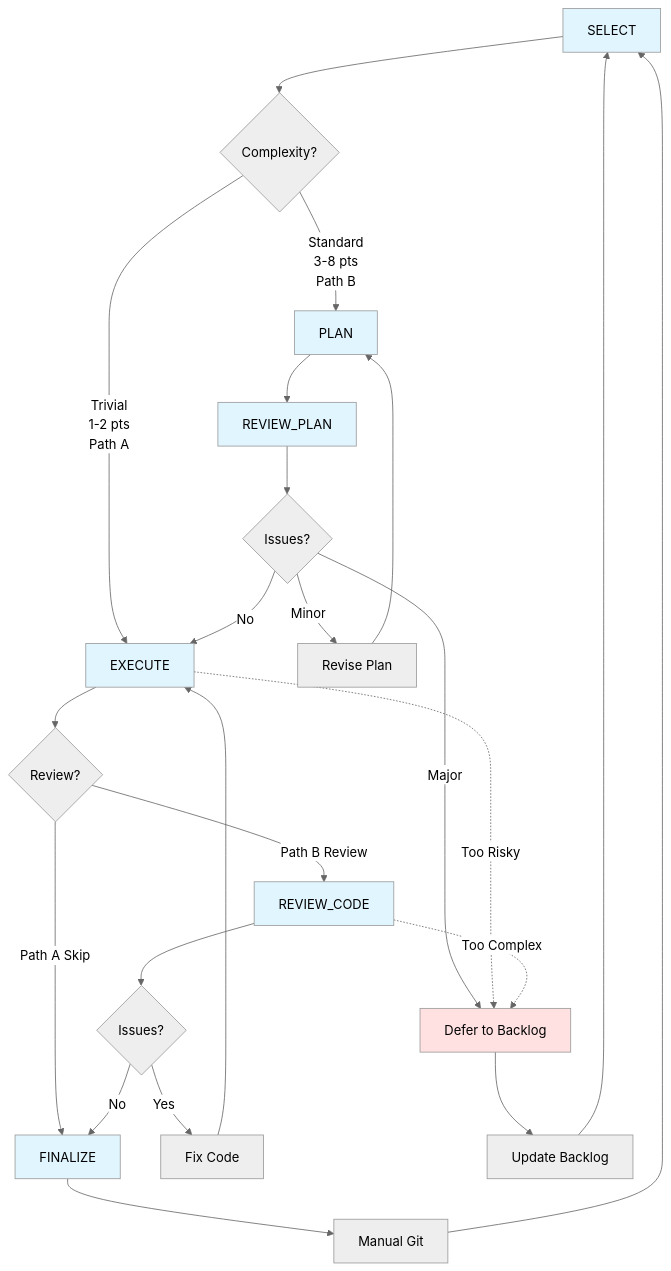
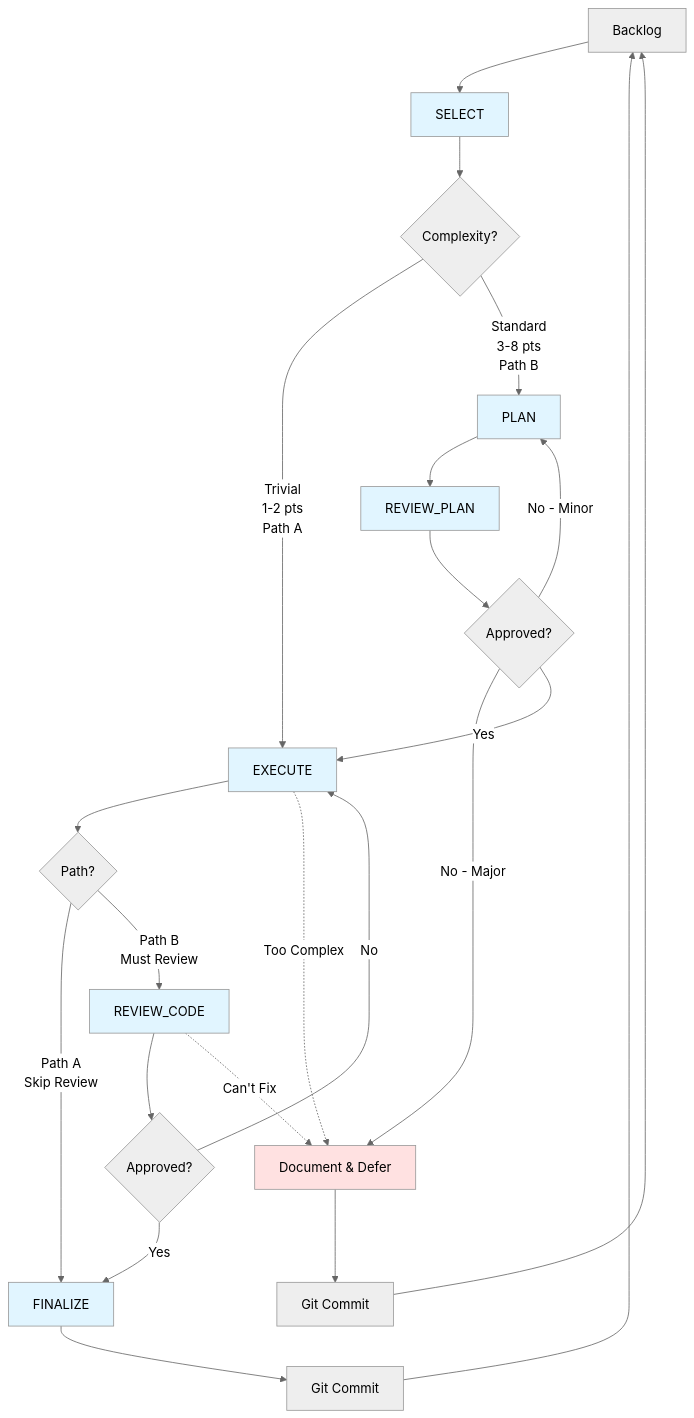
Before and after one commit to EvanLavender13/FrogLords: the diagram in TASKS/IMPROVE/WORKFLOW.md, drawn with Mermaid (neutral theme). The commit also changed other lines of this file and 63 other files, not shown here.

````diff
--- a/TASKS/IMPROVE/WORKFLOW.md
+++ b/TASKS/IMPROVE/WORKFLOW.md
@@ -5,35 +45,34 @@
 ```mermaid
 graph TD
-    A[SELECT] --> B{Complexity?}
+    BACKLOG[Backlog] --> A[SELECT]
+    A --> B{Complexity?}
     B -->|Trivial<br/>1-2 pts<br/>Path A| C[EXECUTE]
     B -->|Standard<br/>3-8 pts<br/>Path B| D[PLAN]
     D --> E[REVIEW_PLAN]
-    E --> F{Issues?}
-    F -->|Major| G[Defer to Backlog]
-    F -->|Minor| H[Revise Plan]
-    H --> D
-    F -->|No| C
-    C --> I{Review?}
-    I -->|Path A Skip| J[FINALIZE]
-    I -->|Path B Review| K[REVIEW_CODE]
-    K --> L{Issues?}
-    L -->|Yes| M[Fix Code]
-    M --> C
-    L -->|No| J
-    J --> N[Manual Git]
-    N --> A
-    G --> O[Update Backlog]
-    O --> A
+    E --> F{Approved?}
+    F -->|No - Major| DEFER[Document & Defer]
+    F -->|No - Minor| D
+    F -->|Yes| C
+    C --> I{Path?}
+    I -->|Path A<br/>Skip Review| J[FINALIZE]
+    I -->|Path B<br/>Must Review| K[REVIEW_CODE]
+    K --> L{Approved?}
+    L -->|No| C
+    L -->|Yes| J
+    J --> N[Git Commit]
+    N --> BACKLOG
+    DEFER --> O[Git Commit]
+    O --> BACKLOG
 
-    %% Abort path from execution
-    C -.->|Too Risky| G
-    K -.->|Too Complex| G
+    %% Can abort if too risky
+    C -.->|Too Complex| DEFER
+    K -.->|Can't Fix| DEFER
 
     style A fill:#e1f5ff
     style D fill:#e1f5ff
     style E fill:#e1f5ff
     style C fill:#e1f5ff
     style K fill:#e1f5ff
     style J fill:#e1f5ff
-    style G fill:#ffe1e1
+    style DEFER fill:#ffe1e1
 ```
````
